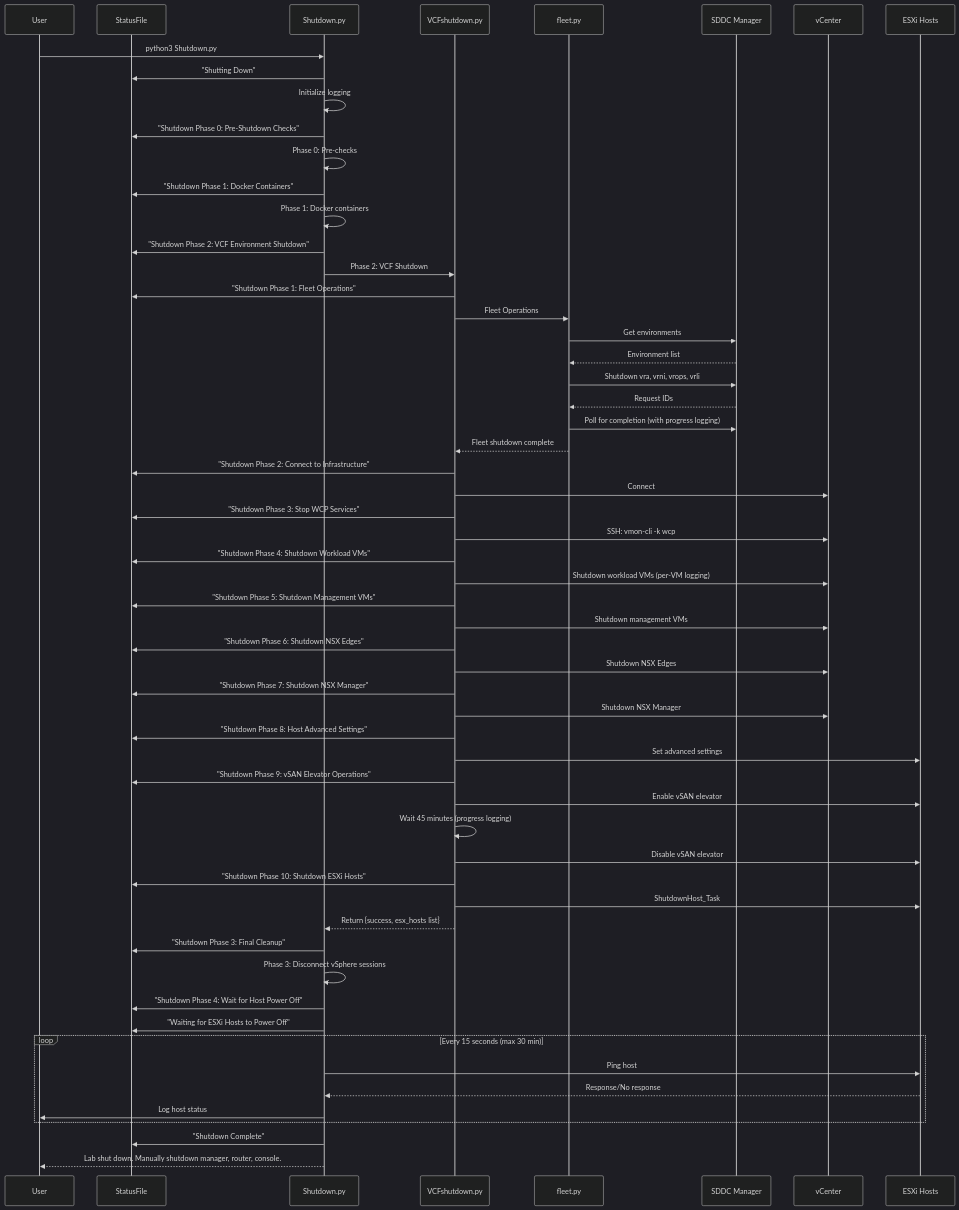
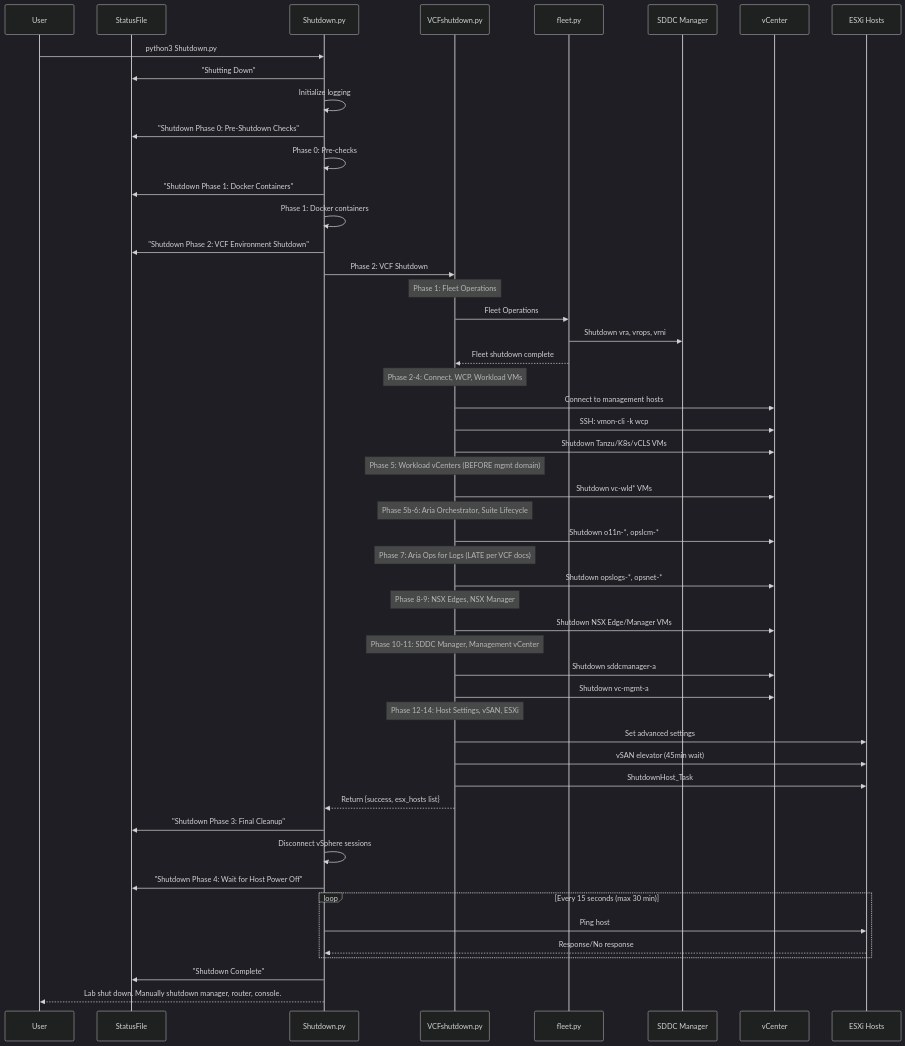
One commit to Broadcom/HOLFY27-MGR-HOLUSER changed the fifth of 5 diagrams in Shutdown/README.md. Above: the diagram before and after it, drawn with Mermaid (dark theme). The commit also changed other lines of this file and 1 other file, not shown here.

Commit message:
Realign Shutdown order to match VCF 9 documentation

````diff
--- a/Shutdown/README.md
+++ b/Shutdown/README.md
@@ -273,70 +347,68 @@
 ```mermaid
 sequenceDiagram
     participant User
     participant StatusFile
     participant Shutdown.py
     participant VCFshutdown.py
     participant fleet.py
     participant SDDC Manager
     participant vCenter
     participant ESXi Hosts
 
     User->>Shutdown.py: python3 Shutdown.py
     Shutdown.py->>StatusFile: "Shutting Down"
     Shutdown.py->>Shutdown.py: Initialize logging
     Shutdown.py->>StatusFile: "Shutdown Phase 0: Pre-Shutdown Checks"
     Shutdown.py->>Shutdown.py: Phase 0: Pre-checks
     Shutdown.py->>StatusFile: "Shutdown Phase 1: Docker Containers"
     Shutdown.py->>Shutdown.py: Phase 1: Docker containers
     
     Shutdown.py->>StatusFile: "Shutdown Phase 2: VCF Environment Shutdown"
     Shutdown.py->>VCFshutdown.py: Phase 2: VCF Shutdown
     
-    VCFshutdown.py->>StatusFile: "Shutdown Phase 1: Fleet Operations"
+    Note over VCFshutdown.py: Phase 1: Fleet Operations
     VCFshutdown.py->>fleet.py: Fleet Operations
-    fleet.py->>SDDC Manager: Get environments
-    SDDC Manager-->>fleet.py: Environment list
-    fleet.py->>SDDC Manager: Shutdown vra, vrni, vrops, vrli
-    SDDC Manager-->>fleet.py: Request IDs
-    fleet.py->>SDDC Manager: Poll for completion (with progress logging)
+    fleet.py->>SDDC Manager: Shutdown vra, vrops, vrni
     fleet.py-->>VCFshutdown.py: Fleet shutdown complete
     
-    VCFshutdown.py->>StatusFile: "Shutdown Phase 2: Connect to Infrastructure"
-    VCFshutdown.py->>vCenter: Connect
-    VCFshutdown.py->>StatusFile: "Shutdown Phase 3: Stop WCP Services"
+    Note over VCFshutdown.py: Phase 2-4: Connect, WCP, Workload VMs
+    VCFshutdown.py->>vCenter: Connect to management hosts
     VCFshutdown.py->>vCenter: SSH: vmon-cli -k wcp
-    VCFshutdown.py->>StatusFile: "Shutdown Phase 4: Shutdown Workload VMs"
-    VCFshutdown.py->>vCenter: Shutdown workload VMs (per-VM logging)
-    VCFshutdown.py->>StatusFile: "Shutdown Phase 5: Shutdown Management VMs"
-    VCFshutdown.py->>vCenter: Shutdown management VMs
-    VCFshutdown.py->>StatusFile: "Shutdown Phase 6: Shutdown NSX Edges"
-    VCFshutdown.py->>vCenter: Shutdown NSX Edges
-    VCFshutdown.py->>StatusFile: "Shutdown Phase 7: Shutdown NSX Manager"
-    VCFshutdown.py->>vCenter: Shutdown NSX Manager
+    VCFshutdown.py->>vCenter: Shutdown Tanzu/K8s/vCLS VMs
     
-    VCFshutdown.py->>StatusFile: "Shutdown Phase 8: Host Advanced Settings"
+    Note over VCFshutdown.py: Phase 5: Workload vCenters (BEFORE mgmt domain)
+    VCFshutdown.py->>vCenter: Shutdown vc-wld* VMs
+    
+    Note over VCFshutdown.py: Phase 5b-6: Aria Orchestrator, Suite Lifecycle
+    VCFshutdown.py->>vCenter: Shutdown o11n-*, opslcm-*
+    
+    Note over VCFshutdown.py: Phase 7: Aria Ops for Logs (LATE per VCF docs)
+    VCFshutdown.py->>vCenter: Shutdown opslogs-*, opsnet-*
+    
+    Note over VCFshutdown.py: Phase 8-9: NSX Edges, NSX Manager
+    VCFshutdown.py->>vCenter: Shutdown NSX Edge/Manager VMs
+    
+    Note over VCFshutdown.py: Phase 10-11: SDDC Manager, Management vCenter
+    VCFshutdown.py->>vCenter: Shutdown sddcmanager-a
+    VCFshutdown.py->>vCenter: Shutdown vc-mgmt-a
+    
+    Note over VCFshutdown.py: Phase 12-14: Host Settings, vSAN, ESXi
     VCFshutdown.py->>ESXi Hosts: Set advanced settings
-    VCFshutdown.py->>StatusFile: "Shutdown Phase 9: vSAN Elevator Operations"
-    VCFshutdown.py->>ESXi Hosts: Enable vSAN elevator
-    VCFshutdown.py->>VCFshutdown.py: Wait 45 minutes (progress logging)
-    VCFshutdown.py->>ESXi Hosts: Disable vSAN elevator
-    VCFshutdown.py->>StatusFile: "Shutdown Phase 10: Shutdown ESXi Hosts"
+    VCFshutdown.py->>ESXi Hosts: vSAN elevator (45min wait)
     VCFshutdown.py->>ESXi Hosts: ShutdownHost_Task
     
     VCFshutdown.py-->>Shutdown.py: Return {success, esx_hosts list}
     
     Shutdown.py->>StatusFile: "Shutdown Phase 3: Final Cleanup"
-    Shutdown.py->>Shutdown.py: Phase 3: Disconnect vSphere sessions
+    Shutdown.py->>Shutdown.py: Disconnect vSphere sessions
     
     Shutdown.py->>StatusFile: "Shutdown Phase 4: Wait for Host Power Off"
-    Shutdown.py->>StatusFile: "Waiting for ESXi Hosts to Power Off"
     
     loop Every 15 seconds (max 30 min)
         Shutdown.py->>ESXi Hosts: Ping host
         ESXi Hosts-->>Shutdown.py: Response/No response
-        Shutdown.py->>User: Log host status
     end
     
     Shutdown.py->>StatusFile: "Shutdown Complete"
     Shutdown.py-->>User: Lab shut down. Manually shutdown manager, router, console.
 ```
````
